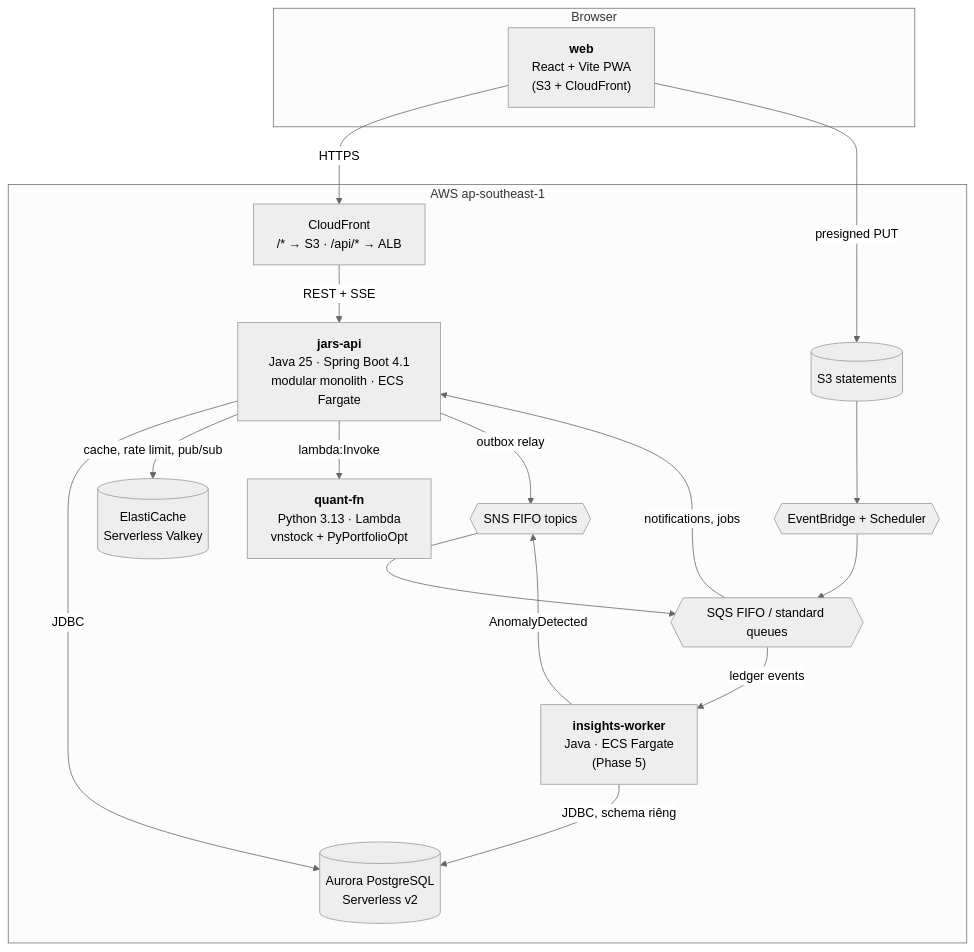
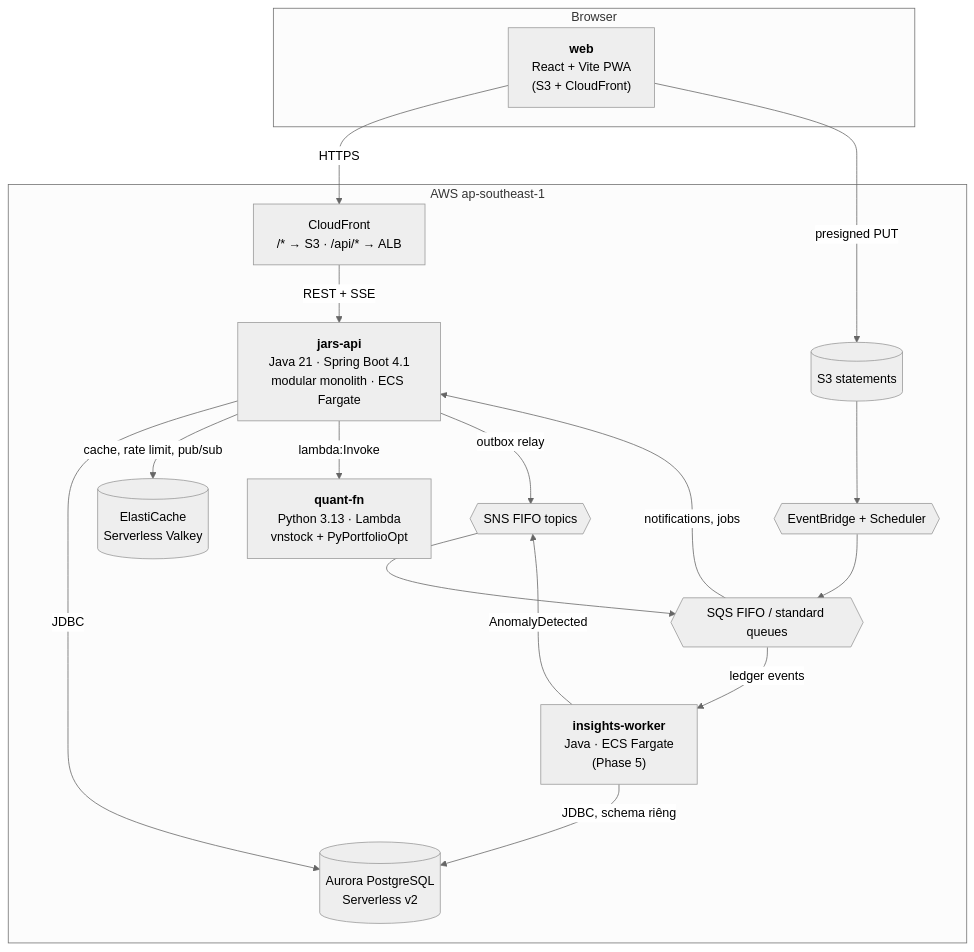
One commit to thphuc06/jar-platform changed the second of 2 diagrams in docs/02-architecture/overview.md. Above: the diagram before and after it, drawn with Mermaid (neutral theme). The commit also changed other lines of this file and 18 other files, not shown here.

````diff
--- a/docs/02-architecture/overview.md
+++ b/docs/02-architecture/overview.md
@@ -38,33 +38,33 @@
 ```mermaid
 flowchart TB
     subgraph browser["Browser"]
         web["<b>web</b><br/>React + Vite PWA<br/>(S3 + CloudFront)"]
     end
 
     subgraph aws["AWS ap-southeast-1"]
         cf["CloudFront<br/>/* → S3 · /api/* → ALB"]
-        api["<b>jars-api</b><br/>Java 25 · Spring Boot 4.1<br/>modular monolith · ECS Fargate"]
+        api["<b>jars-api</b><br/>Java 21 · Spring Boot 4.1<br/>modular monolith · ECS Fargate"]
         worker["<b>insights-worker</b><br/>Java · ECS Fargate<br/>(Phase 5)"]
         quant["<b>quant-fn</b><br/>Python 3.13 · Lambda<br/>vnstock + PyPortfolioOpt"]
         db[("Aurora PostgreSQL<br/>Serverless v2")]
         cache[("ElastiCache<br/>Serverless Valkey")]
         sns{{"SNS FIFO topics"}}
         sqs{{"SQS FIFO / standard queues"}}
         eb{{"EventBridge + Scheduler"}}
         s3stmt[("S3 statements")]
     end
 
     web -->|HTTPS| cf
     cf -->|REST + SSE| api
     api -->|JDBC| db
     api -->|cache, rate limit, pub/sub| cache
     api -->|lambda:Invoke| quant
     api -->|outbox relay| sns
     sns --> sqs
     sqs -->|ledger events| worker
     worker -->|AnomalyDetected| sns
     sqs -->|notifications, jobs| api
     worker -->|JDBC, schema riêng| db
     web -->|presigned PUT| s3stmt
     s3stmt --> eb --> sqs
 ```
````
